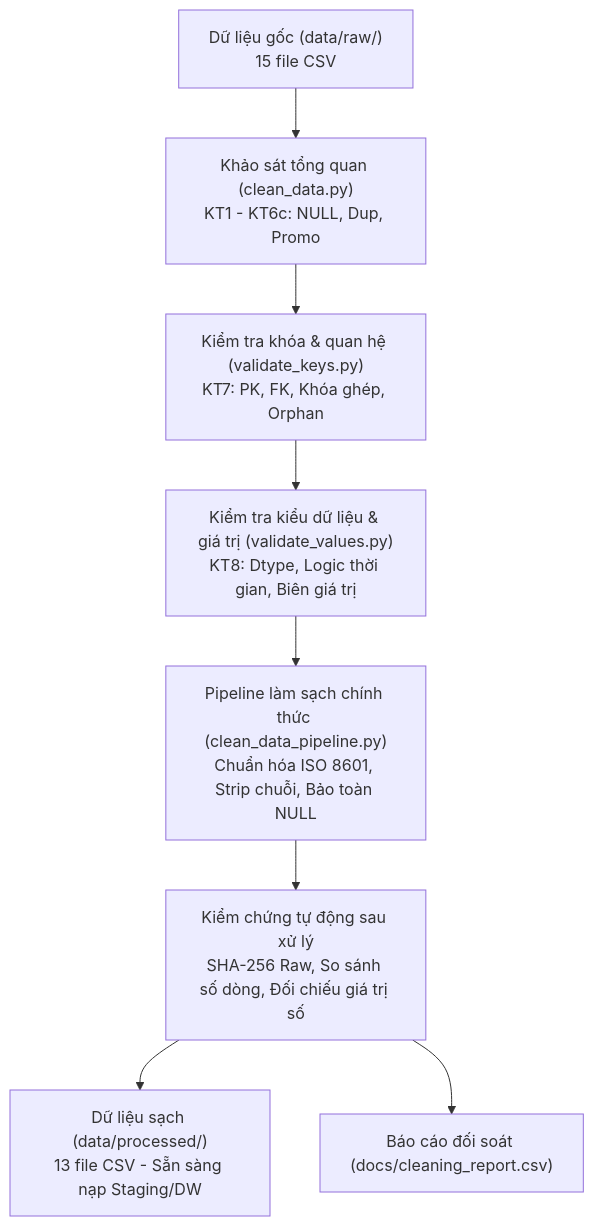
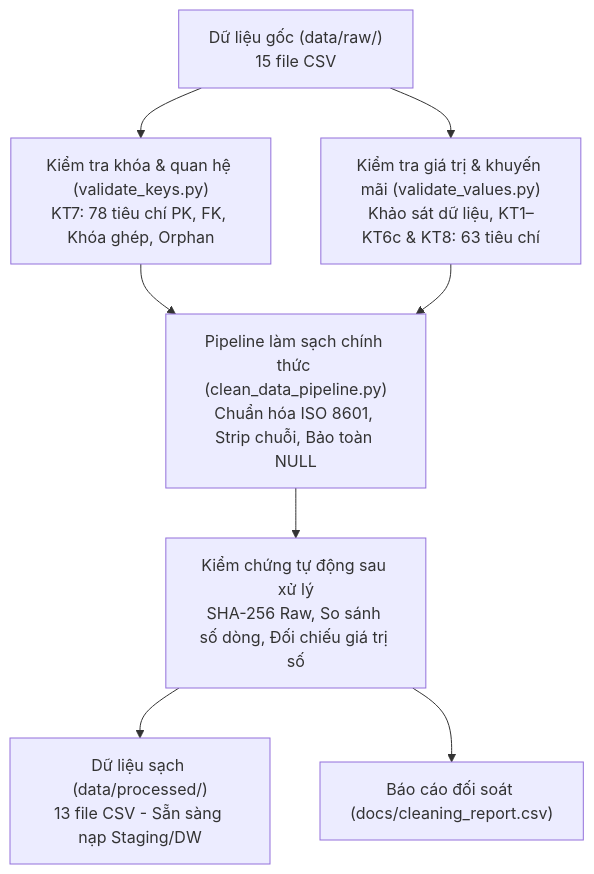
The diagram in README.md (VanHaoo/Fashion_DW_Project), drawn with Mermaid before and after one commit. The commit also changed other lines of this file and 6 other files, not shown here.

Commit message:
refactor: simplify data validation and cleaning pipeline

````diff
--- a/README.md
+++ b/README.md
@@ -93,10 +89,10 @@
 ```mermaid
 flowchart TD
-    A["Dữ liệu gốc (data/raw/)<br>15 file CSV"] --> B["Khảo sát tổng quan (clean_data.py)<br>KT1 - KT6c: NULL, Dup, Promo"]
-    B --> C["Kiểm tra khóa & quan hệ (validate_keys.py)<br>KT7: PK, FK, Khóa ghép, Orphan"]
-    C --> D["Kiểm tra kiểu dữ liệu & giá trị (validate_values.py)<br>KT8: Dtype, Logic thời gian, Biên giá trị"]
-    D --> E["Pipeline làm sạch chính thức (clean_data_pipeline.py)<br>Chuẩn hóa ISO 8601, Strip chuỗi, Bảo toàn NULL"]
-    E --> F["Kiểm chứng tự động sau xử lý<br>SHA-256 Raw, So sánh số dòng, Đối chiếu giá trị số"]
-    F --> G["Dữ liệu sạch (data/processed/)<br>13 file CSV - Sẵn sàng nạp Staging/DW"]
-    F --> H["Báo cáo đối soát (docs/cleaning_report.csv)"]
+    A["Dữ liệu gốc (data/raw/)<br>15 file CSV"] --> B["Kiểm tra khóa & quan hệ (validate_keys.py)<br>KT7: 78 tiêu chí PK, FK, Khóa ghép, Orphan"]
+    A --> C["Kiểm tra giá trị & khuyến mãi (validate_values.py)<br>Khảo sát dữ liệu, KT1–KT6c & KT8: 63 tiêu chí"]
+    B --> D["Pipeline làm sạch chính thức (clean_data_pipeline.py)<br>Chuẩn hóa ISO 8601, Strip chuỗi, Bảo toàn NULL"]
+    C --> D
+    D --> E["Kiểm chứng tự động sau xử lý<br>SHA-256 Raw, So sánh số dòng, Đối chiếu giá trị số"]
+    E --> F["Dữ liệu sạch (data/processed/)<br>13 file CSV - Sẵn sàng nạp Staging/DW"]
+    E --> G["Báo cáo đối soát (docs/cleaning_report.csv)"]
 ```
````
